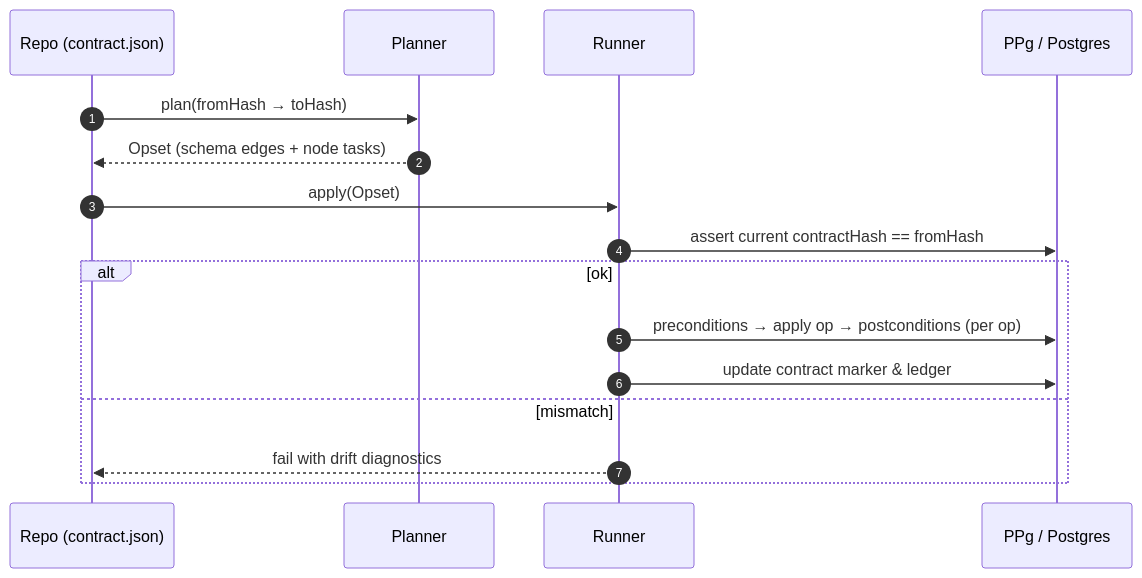
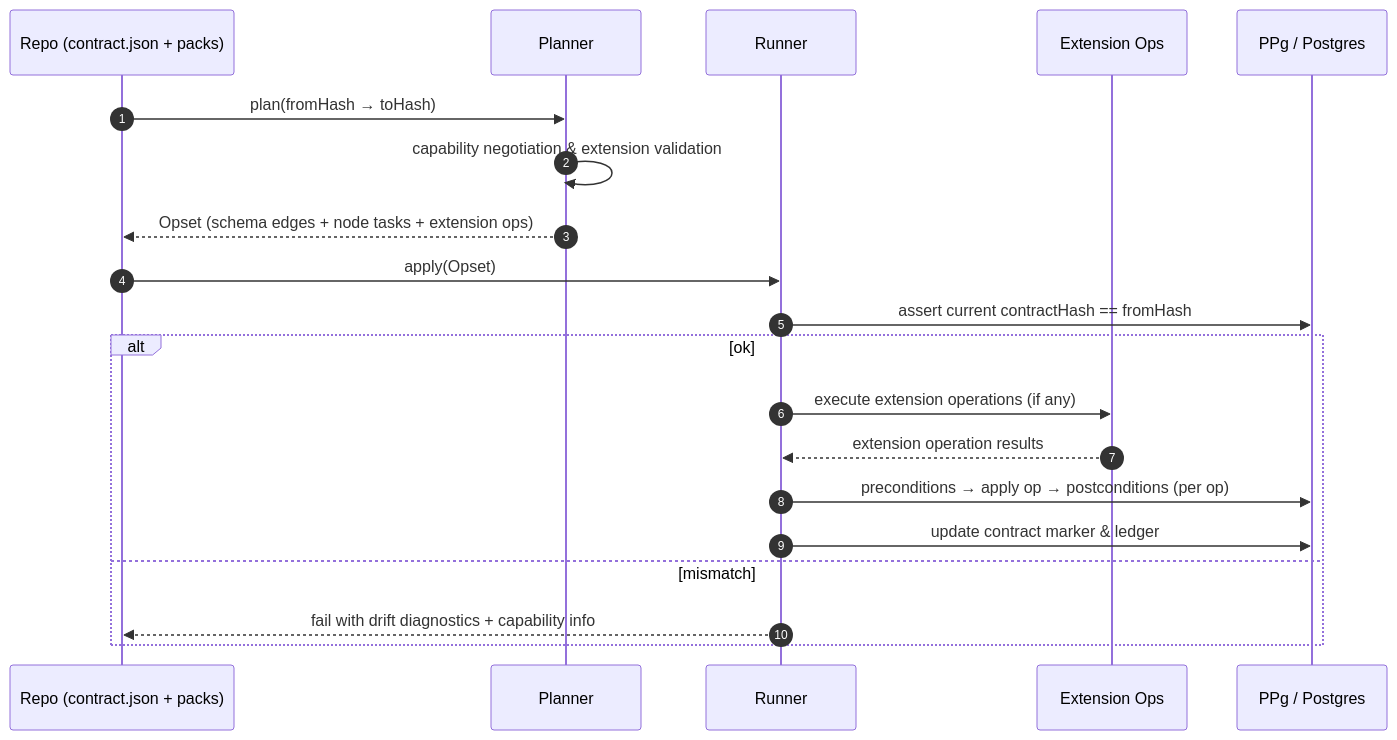
The third of 3 diagrams in docs/Architecture Overview.md (prisma/prisma-next), drawn with Mermaid before and after one commit. The commit also changed other lines of this file, not shown here.

````diff
--- a/docs/Architecture Overview.md
+++ b/docs/Architecture Overview.md
@@ -124,19 +139,23 @@
 ```mermaid
 sequenceDiagram
   autonumber
-  participant Repo as Repo (contract.json)
+  participant Repo as Repo (contract.json + packs)
   participant Plan as Planner
   participant Run as Runner
+  participant Ext as Extension Ops
   participant DB as PPg / Postgres
 
   Repo->>Plan: plan(fromHash → toHash)
-  Plan-->>Repo: Opset (schema edges + node tasks)
+  Plan->>Plan: capability negotiation & extension validation
+  Plan-->>Repo: Opset (schema edges + node tasks + extension ops)
   Repo->>Run: apply(Opset)
   Run->>DB: assert current contractHash == fromHash
   alt ok
+    Run->>Ext: execute extension operations (if any)
+    Ext-->>Run: extension operation results
     Run->>DB: preconditions → apply op → postconditions (per op)
     Run->>DB: update contract marker & ledger
   else mismatch
-    Run-->>Repo: fail with drift diagnostics
+    Run-->>Repo: fail with drift diagnostics + capability info
   end
 ```
````
